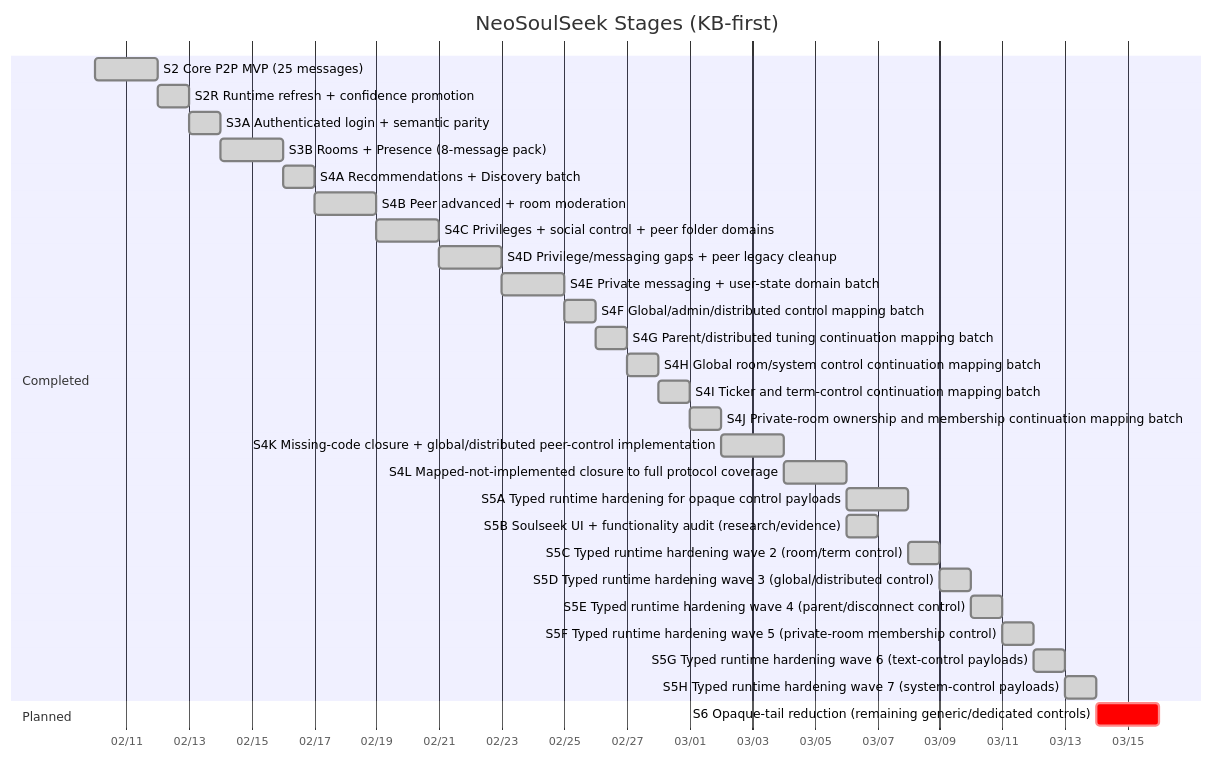
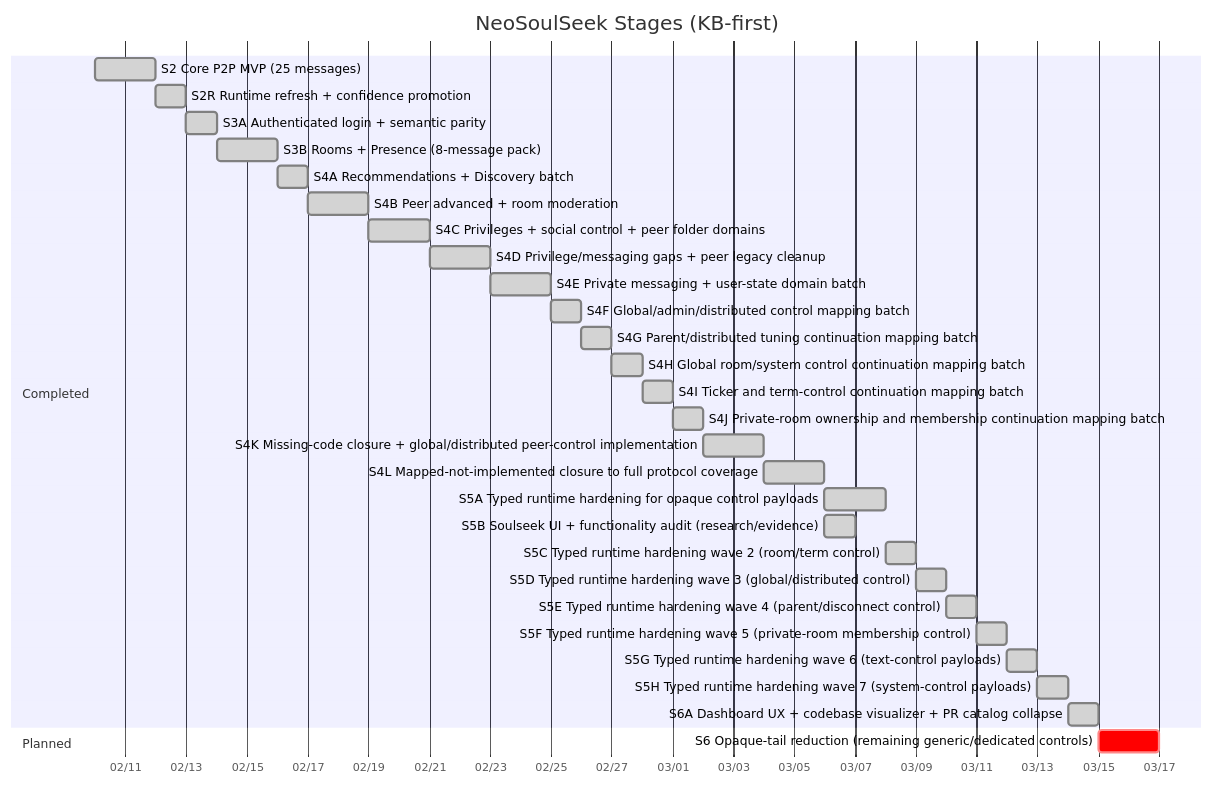
The first of 5 diagrams in docs/state/roadmap.md (fedejinich/nss), drawn with Mermaid before and after one commit. The commit also changed other lines of this file and 30 other files, not shown here.

Commit message:
docs: add S6A dashboard, codebase visualizer, and PR catalog

````diff
--- a/docs/state/roadmap.md
+++ b/docs/state/roadmap.md
@@ -9,33 +15,34 @@
 ```mermaid
 gantt
     title NeoSoulSeek Stages (KB-first)
     dateFormat  YYYY-MM-DD
     axisFormat  %m/%d
     section Completed
     S2 Core P2P MVP (25 messages) :done, s2, 2026-02-10, 2d
     S2R Runtime refresh + confidence promotion :done, s2r, after s2, 1d
     S3A Authenticated login + semantic parity :done, s3a, after s2r, 1d
     S3B Rooms + Presence (8-message pack) :done, s3b, 2026-02-14, 2d
     S4A Recommendations + Discovery batch :done, s4a, after s3b, 1d
     S4B Peer advanced + room moderation :done, s4b, after s4a, 2d
     S4C Privileges + social control + peer folder domains :done, s4c, after s4b, 2d
     S4D Privilege/messaging gaps + peer legacy cleanup :done, s4d, after s4c, 2d
     S4E Private messaging + user-state domain batch :done, s4e, after s4d, 2d
     S4F Global/admin/distributed control mapping batch :done, s4f, after s4e, 1d
     S4G Parent/distributed tuning continuation mapping batch :done, s4g, after s4f, 1d
     S4H Global room/system control continuation mapping batch :done, s4h, after s4g, 1d
     S4I Ticker and term-control continuation mapping batch :done, s4i, after s4h, 1d
     S4J Private-room ownership and membership continuation mapping batch :done, s4j, after s4i, 1d
     S4K Missing-code closure + global/distributed peer-control implementation :done, s4k, after s4j, 2d
     S4L Mapped-not-implemented closure to full protocol coverage :done, s4l, after s4k, 2d
     S5A Typed runtime hardening for opaque control payloads :done, s5a, after s4l, 2d
     S5B Soulseek UI + functionality audit (research/evidence) :done, s5b, after s4l, 1d
     S5C Typed runtime hardening wave 2 (room/term control) :done, s5c, after s5a, 1d
     S5D Typed runtime hardening wave 3 (global/distributed control) :done, s5d, after s5c, 1d
     S5E Typed runtime hardening wave 4 (parent/disconnect control) :done, s5e, after s5d, 1d
     S5F Typed runtime hardening wave 5 (private-room membership control) :done, s5f, after s5e, 1d
     S5G Typed runtime hardening wave 6 (text-control payloads) :done, s5g, after s5f, 1d
     S5H Typed runtime hardening wave 7 (system-control payloads) :done, s5h, after s5g, 1d
+    S6A Dashboard UX + codebase visualizer + PR catalog collapse :done, s6a, after s5h, 1d
     section Planned
-    S6 Opaque-tail reduction (remaining generic/dedicated controls) :crit, s6, after s5h, 2d
+    S6 Opaque-tail reduction (remaining generic/dedicated controls) :crit, s6, after s6a, 2d
 ```
````
